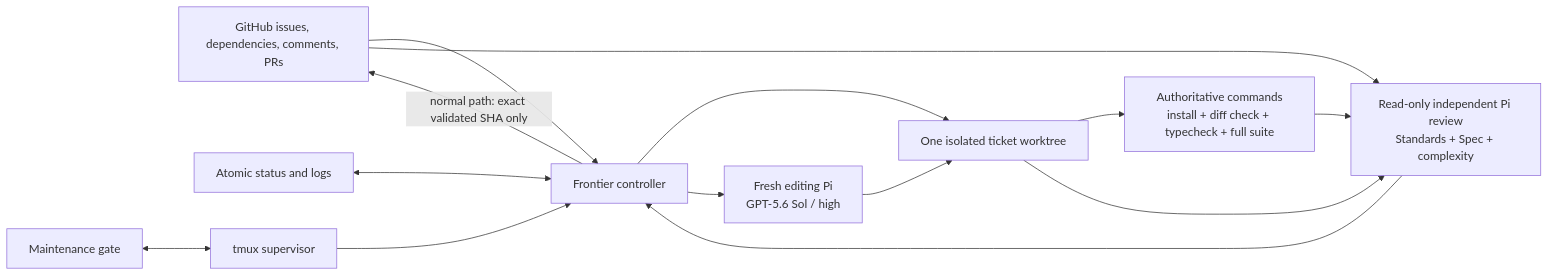
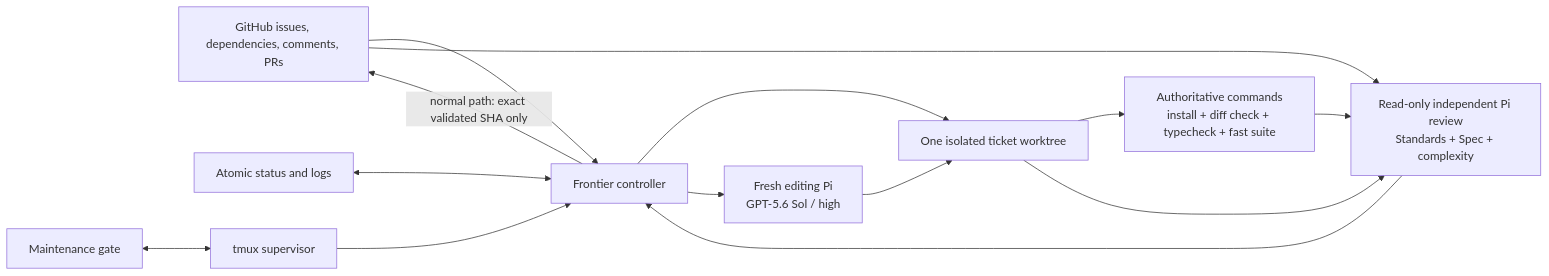
One commit to taylorrowser/mdlm changed the first of 2 diagrams in docs/agents/frontier-loop-architecture-and-learnings.md. Above: the diagram before and after it, drawn with Mermaid. The commit also changed other lines of this file and 9 other files, not shown here.

````diff
--- a/docs/agents/frontier-loop-architecture-and-learnings.md
+++ b/docs/agents/frontier-loop-architecture-and-learnings.md
@@ -45,16 +45,16 @@
 ```mermaid
 flowchart LR
   GH[GitHub issues, dependencies, comments, PRs] --> C[Frontier controller]
   C --> WT[One isolated ticket worktree]
   C --> E[Fresh editing Pi\nGPT-5.6 Sol / high]
   E --> WT
-  WT --> V[Authoritative commands\ninstall + diff check + typecheck + full suite]
+  WT --> V[Authoritative commands\ninstall + diff check + typecheck + fast suite]
   V --> R[Read-only independent Pi review\nStandards + Spec + complexity]
   GH --> R
   WT --> R
   R --> C
   C -->|normal path: exact validated SHA only| GH
   S[Atomic status and logs] <--> C
   T[tmux supervisor] --> C
   M[Maintenance gate] <--> T
 ```
````
